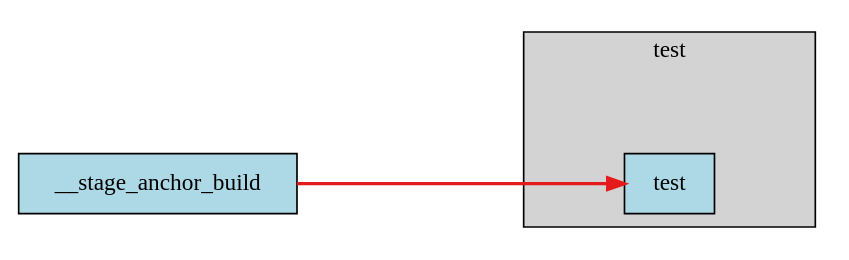
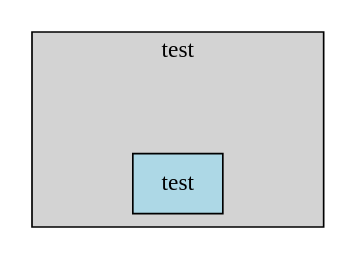
The diagram in test_ci_projects/proj1.output_reference/dag.dot (eisbaw/gitlab_local_ci), drawn with Graphviz before and after one commit. The commit also changed 5 other files, not shown here.

```diff
--- a/test_ci_projects/proj1.output_reference/dag.dot
+++ b/test_ci_projects/proj1.output_reference/dag.dot
@@ -1,18 +1,17 @@
 digraph pipeline {
   rankdir="LR";
   ranksep=2;
   compound=true;
   node [shape=box, style=filled, fillcolor=lightblue];
 
   subgraph cluster_test {
     label="test";
     style=filled;
     fillcolor=lightgrey;
 
     __stage_anchor_test [style=invis, width=0, height=0];
 
     test [label="test", tooltip="---\nscript:\n- echo \"Hello World\"\n"];
   }
 
-  __stage_anchor_build -> test [ltail=cluster_build, style=bold, color="#E41A1C"];
 }
```
